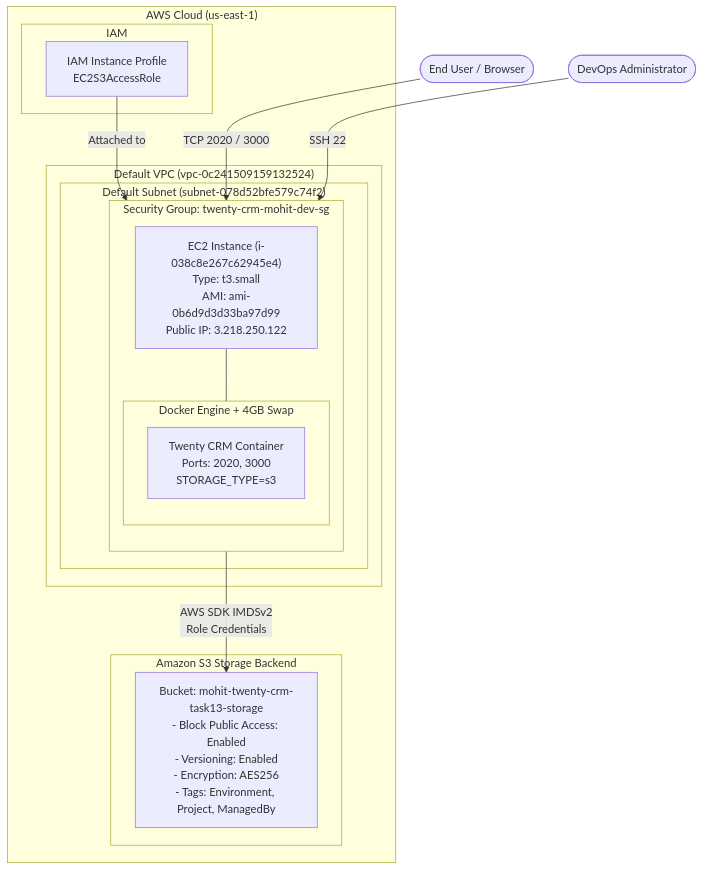
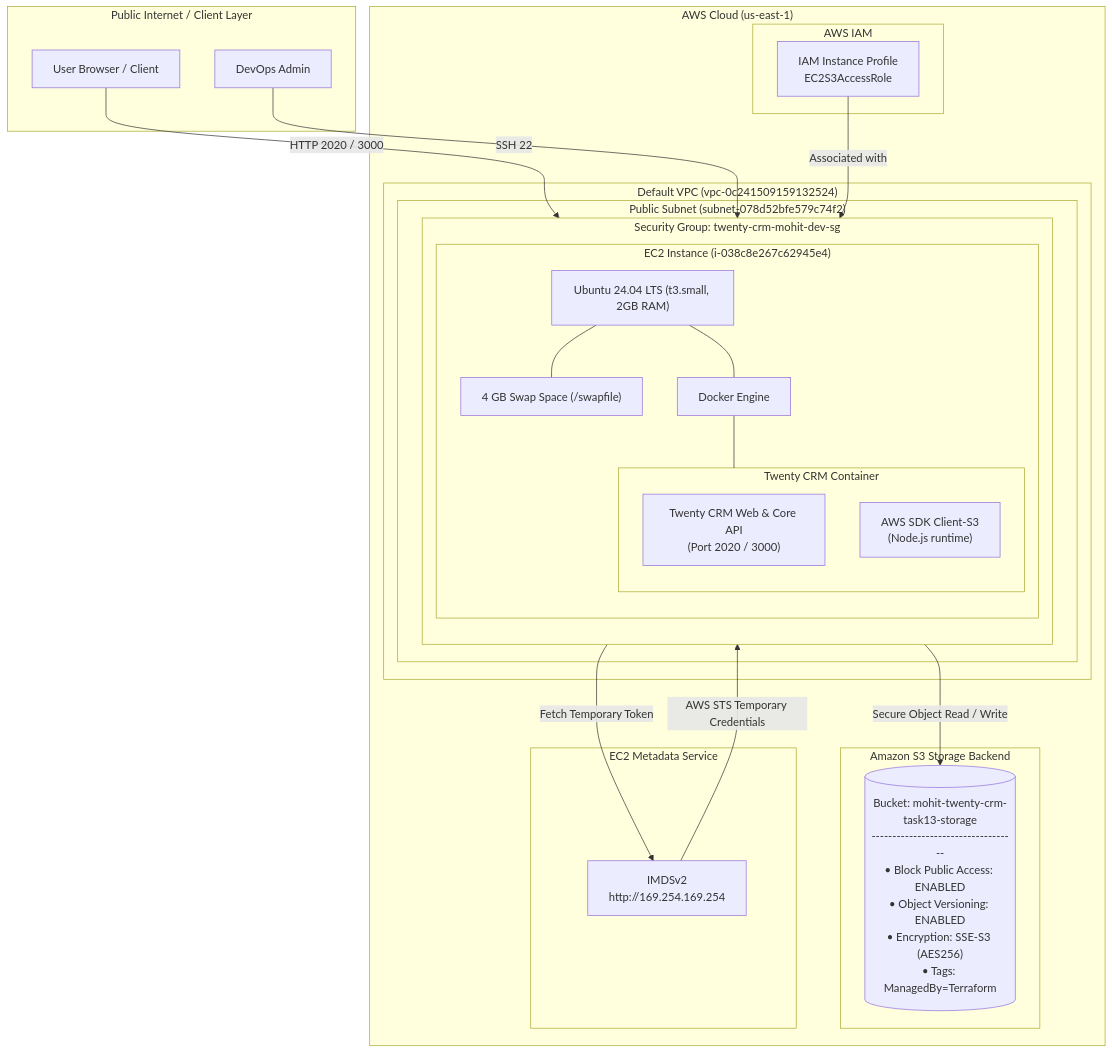
The diagram in Task13-s3-backend.md (PearlThoughts-Intern-DevOps/devops-crm-project), drawn with Mermaid before and after one commit. The commit also changed other lines of this file, not shown here.

Commit message:
docs: enrich Task 13 documentation with interview-ready architecture walkthrough and Q&A

````diff
--- a/Task13-s3-backend.md
+++ b/Task13-s3-backend.md
@@ -30,31 +34,48 @@
 ```mermaid
 flowchart TD
+    subgraph Internet["Public Internet / Client Layer"]
+        Browser["User Browser / Client"]
+        DevOps["DevOps Admin"]
+    end
+
     subgraph AWS["AWS Cloud (us-east-1)"]
-        subgraph DefaultVPC["Default VPC (vpc-0c241509159132524)"]
-            subgraph DefaultSubnet["Default Subnet (subnet-078d52bfe579c74f2)"]
+        subgraph VPC["Default VPC (vpc-0c241509159132524)"]
+            subgraph Subnet["Public Subnet (subnet-078d52bfe579c74f2)"]
                 subgraph SG["Security Group: twenty-crm-mohit-dev-sg"]
                     direction TB
-                    EC2["EC2 Instance (i-038c8e267c62945e4)\nType: t3.small\nAMI: ami-0b6d9d3d33ba97d99\nPublic IP: 3.218.250.122"]
-                    subgraph DockerRuntime["Docker Engine + 4GB Swap"]
-                        TwentyCRM["Twenty CRM Container\nPorts: 2020, 3000\nSTORAGE_TYPE=s3"]
+                    subgraph EC2["EC2 Instance (i-038c8e267c62945e4)"]
+                        OS["Ubuntu 24.04 LTS (t3.small, 2GB RAM)"]
+                        Swap["4 GB Swap Space (/swapfile)"]
+                        Docker["Docker Engine"]
+                        subgraph Container["Twenty CRM Container"]
+                            App["Twenty CRM Web & Core API\n(Port 2020 / 3000)"]
+                            SDK["AWS SDK Client-S3\n(Node.js runtime)"]
+                        end
+                        OS --- Swap
+                        OS --- Docker
+                        Docker --- Container
                     end
-                    EC2 --- DockerRuntime
                 end
             end
         end
 
-        subgraph IAM["IAM"]
-            InstanceProfile["IAM Instance Profile\nEC2S3AccessRole"]
+        subgraph IAM["AWS IAM"]
+            Profile["IAM Instance Profile\nEC2S3AccessRole"]
         end
 
         subgraph S3["Amazon S3 Storage Backend"]
-            S3Bucket["Bucket: mohit-twenty-crm-task13-storage\n- Block Public Access: Enabled\n- Versioning: Enabled\n- Encryption: AES256\n- Tags: Environment, Project, ManagedBy"]
+            Bucket[("Bucket: mohit-twenty-crm-task13-storage\n-----------------------------------\n• Block Public Access: ENABLED\n• Object Versioning: ENABLED\n• Encryption: SSE-S3 (AES256)\n• Tags: ManagedBy=Terraform")]
         end
 
-        InstanceProfile -->|Attached to| EC2
-        TwentyCRM -->|AWS SDK IMDSv2\nRole Credentials| S3Bucket
+        subgraph IMDS["EC2 Metadata Service"]
+            Metadata["IMDSv2\nhttp://169.254.169.254"]
+        end
+
+        Browser -->|HTTP 2020 / 3000| SG
+        DevOps -->|SSH 22| SG
+        Profile -->|Associated with| EC2
+        SDK -->|Fetch Temporary Token| Metadata
+        Metadata -->|AWS STS Temporary Credentials| SDK
+        SDK -->|Secure Object Read / Write| Bucket
     end
-
-    User(["End User / Browser"]) -->|TCP 2020 / 3000| EC2
-    Admin(["DevOps Administrator"]) -->|SSH 22| EC2
 ```
````
